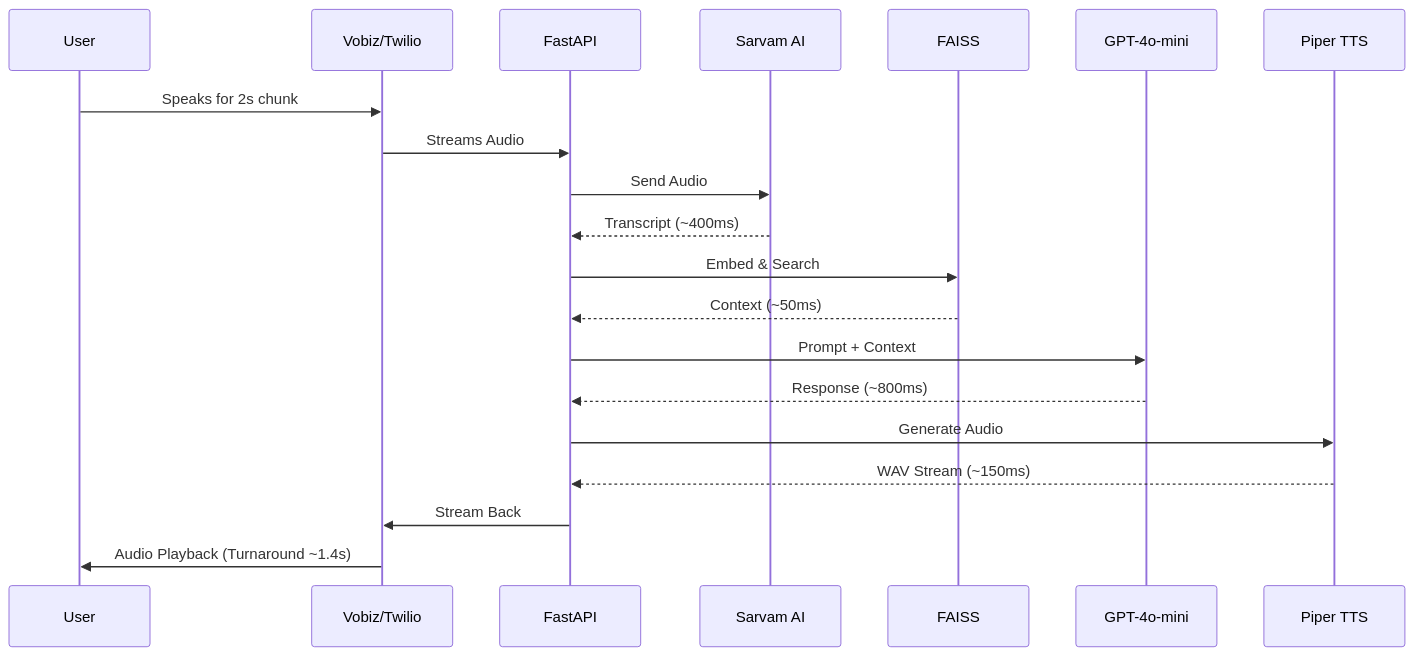
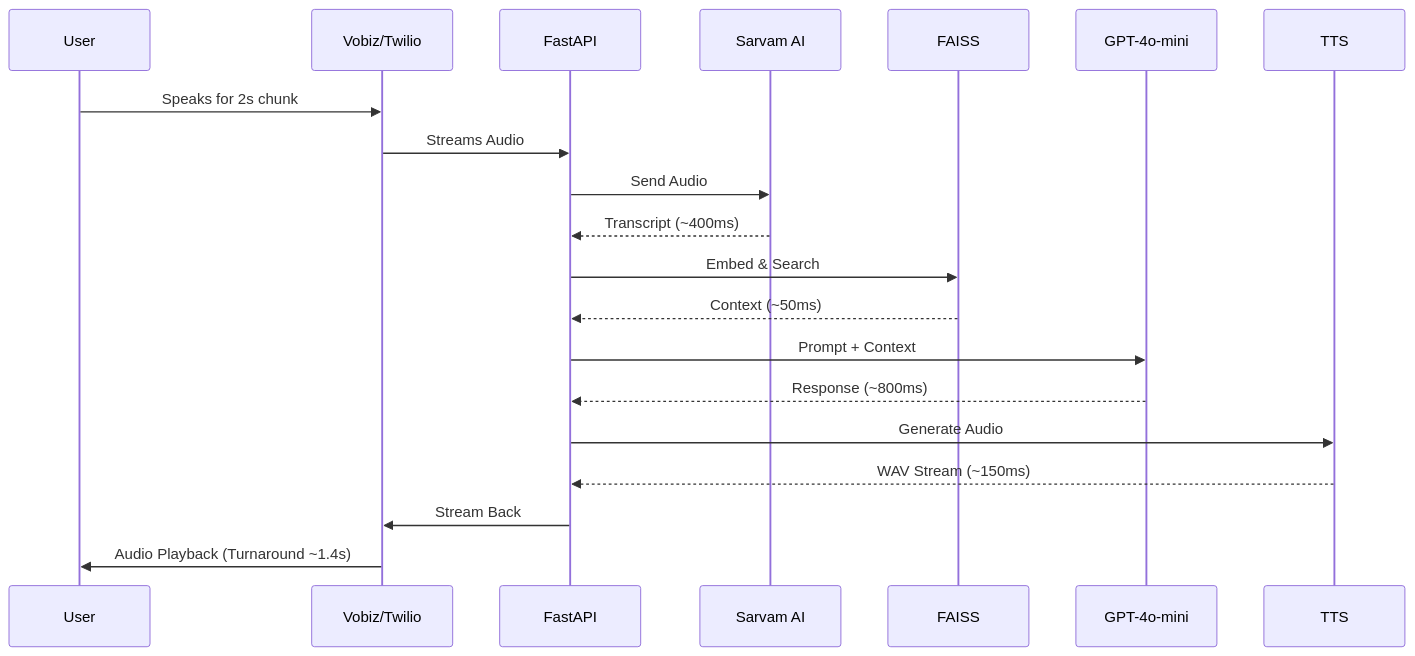
The diagram in README.md (Dhruvil1308/GuniVox-V5-STT-Sarvam-with-RAG), drawn with Mermaid before and after one commit. The commit also changed other lines of this file and 21 other files, not shown here.

````diff
--- a/README.md
+++ b/README.md
@@ -41,28 +40,28 @@
 ```mermaid
 sequenceDiagram
     participant User
     participant Twilio as Vobiz/Twilio
     participant Backend as FastAPI
     participant STT as Sarvam AI
     participant RAG as FAISS
     participant LLM as GPT-4o-mini
-    participant TTS as Piper TTS
+    participant TTS
 
     User->>Twilio: Speaks for 2s chunk
     Twilio->>Backend: Streams Audio
     
     Backend->>STT: Send Audio
     STT-->>Backend: Transcript (~400ms)
     
     Backend->>RAG: Embed & Search
     RAG-->>Backend: Context (~50ms)
     
     Backend->>LLM: Prompt + Context
     LLM-->>Backend: Response (~800ms)
     
     Backend->>TTS: Generate Audio
     TTS-->>Backend: WAV Stream (~150ms)
     
     Backend->>Twilio: Stream Back
     Twilio->>User: Audio Playback (Turnaround ~1.4s)
 ```
````
